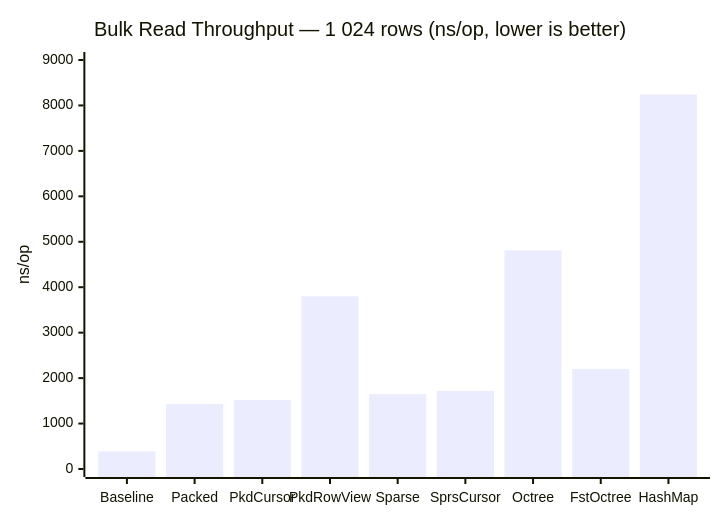
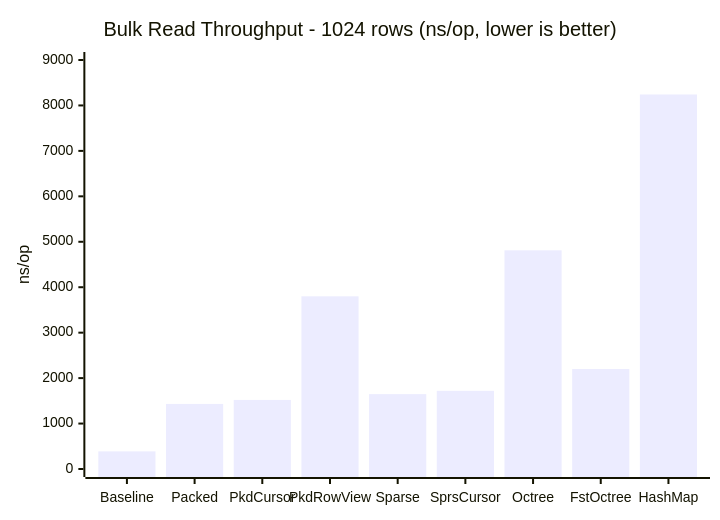
The first of 3 diagrams in README.md (zzuegg/jNanoStore), drawn with Mermaid before and after one commit. The commit also changed other lines of this file and 1 other file, not shown here.

Commit message:
fix: replace non-ASCII chars in mermaid blocks and fix FastOctree benchmark numbers

````diff
--- a/README.md
+++ b/README.md
@@ -382,7 +382,7 @@
 ```mermaid
 xychart-beta
-    title "Bulk Read Throughput — 1 024 rows (ns/op, lower is better)"
+    title "Bulk Read Throughput - 1024 rows (ns/op, lower is better)"
     x-axis ["Baseline", "Packed", "PkdCursor", "PkdRowView", "Sparse", "SprsCursor", "Octree", "FstOctree", "HashMap"]
     y-axis "ns/op" 0 --> 9000
     bar [388, 1432, 1520, 3800, 1648, 1720, 4812, 2200, 8241]
 ```
````
